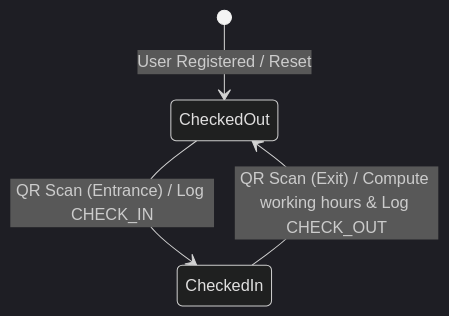
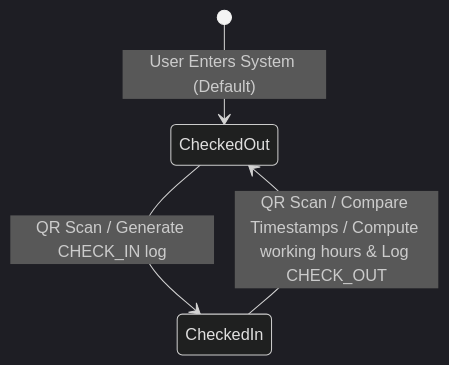
One commit to CHIRAYU-365/METABLOCK changed the second of 4 diagrams in PROOFCHAIN/README.md. Above: the diagram before and after it, drawn with Mermaid (dark theme). The commit also changed other lines of this file, not shown here.

````diff
--- a/PROOFCHAIN/README.md
+++ b/PROOFCHAIN/README.md
@@ -250,6 +289,6 @@
 ```mermaid
 stateDiagram-v2
-    [*] --> CheckedOut : User Registered / Reset
-    CheckedOut --> CheckedIn : QR Scan (Entrance) / Log CHECK_IN
-    CheckedIn --> CheckedOut : QR Scan (Exit) / Compute working hours & Log CHECK_OUT
+    [*] --> CheckedOut : User Enters System (Default)
+    CheckedOut --> CheckedIn : QR Scan / Generate CHECK_IN log
+    CheckedIn --> CheckedOut : QR Scan / Compare Timestamps / Compute working hours & Log CHECK_OUT
 ```
````
